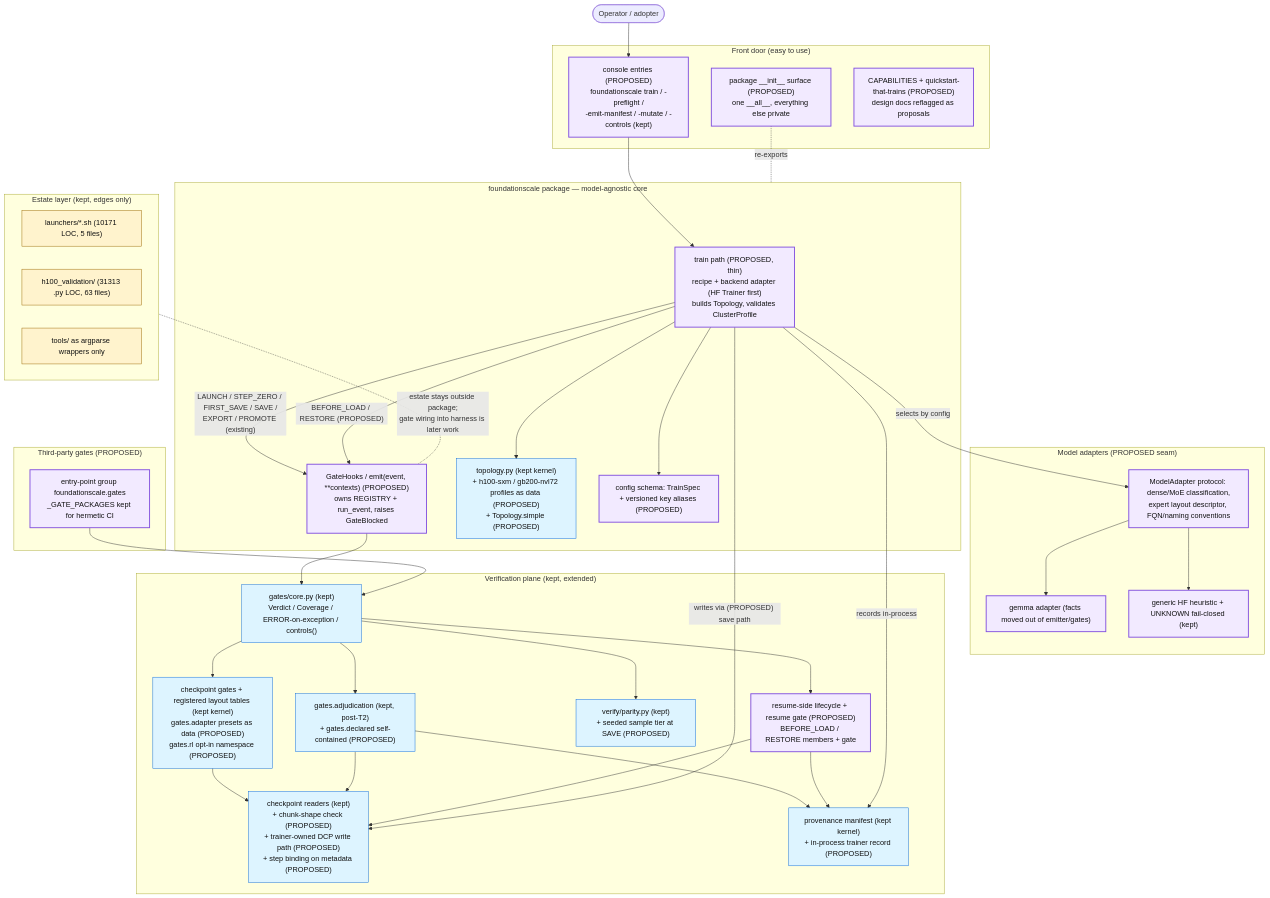
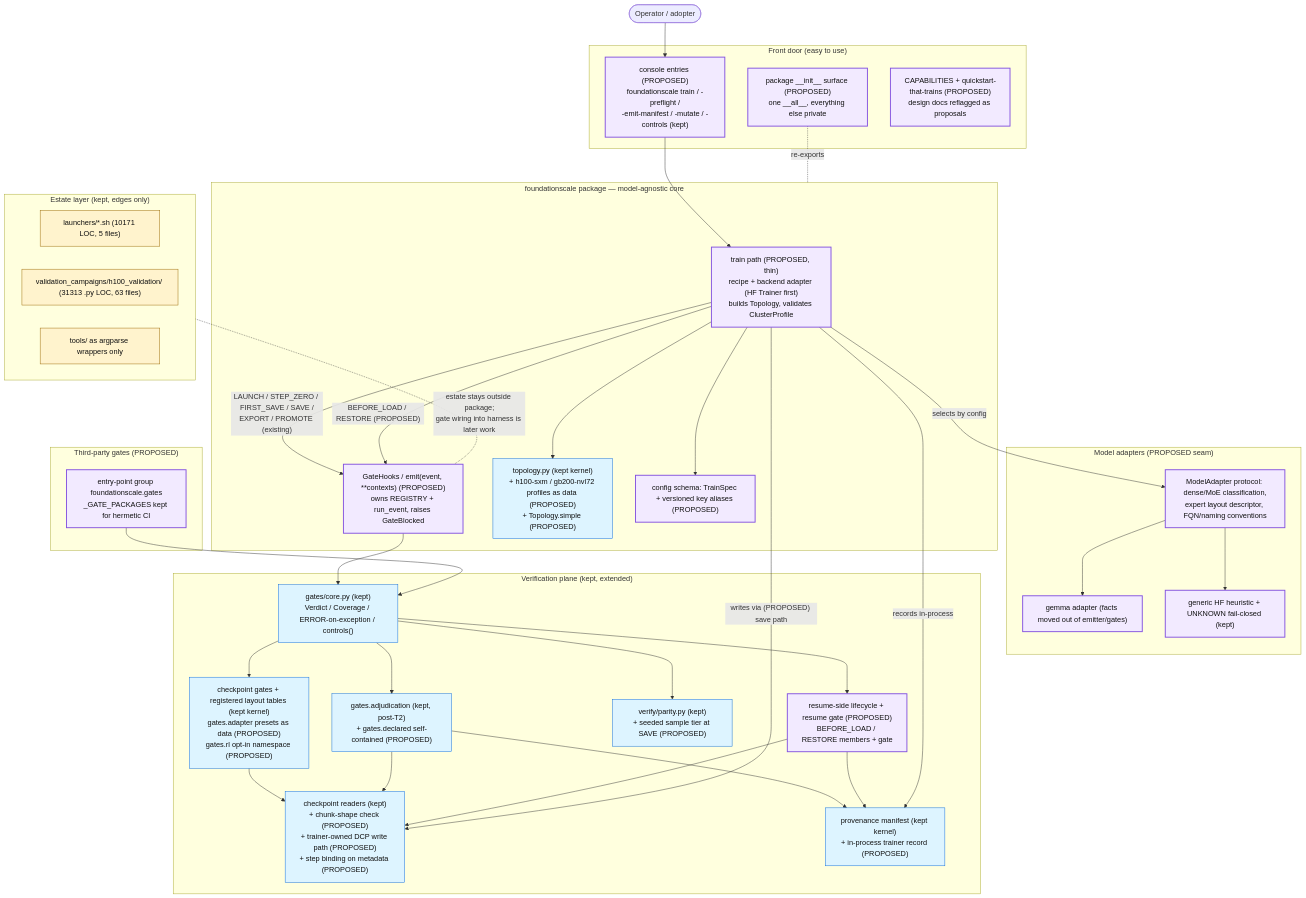
Before and after one commit to TranNhiem/FoundationScale: the diagram in docs/review/D5_proposed_architecture.md, drawn with Mermaid. The commit also changed other lines of this file and 95 other files, not shown here.

````diff
--- a/docs/review/D5_proposed_architecture.md
+++ b/docs/review/D5_proposed_architecture.md
@@ -13,74 +13,74 @@
 ```mermaid
 flowchart TB
   U(["Operator / adopter"])
 
   subgraph FRONT["Front door (easy to use)"]
     CLI["console entries (PROPOSED)<br/>foundationscale train / -preflight /<br/>-emit-manifest / -mutate / -controls (kept)"]
     SURF["package __init__ surface (PROPOSED)<br/>one __all__, everything else private"]
     DOCS["CAPABILITIES + quickstart-that-trains (PROPOSED)<br/>design docs reflagged as proposals"]
   end
 
   subgraph CORE["foundationscale package — model-agnostic core"]
     TRAIN["train path (PROPOSED, thin)<br/>recipe + backend adapter (HF Trainer first)<br/>builds Topology, validates ClusterProfile"]
     HOOKS["GateHooks / emit(event, **contexts) (PROPOSED)<br/>owns REGISTRY + run_event, raises GateBlocked"]
     TOPO["topology.py (kept kernel)<br/>+ h100-sxm / gb200-nvl72 profiles as data (PROPOSED)<br/>+ Topology.simple (PROPOSED)"]
     CONFIG["config schema: TrainSpec + versioned key aliases (PROPOSED)"]
   end
 
   subgraph ADAPT["Model adapters (PROPOSED seam)"]
     MA["ModelAdapter protocol: dense/MoE classification,<br/>expert layout descriptor, FQN/naming conventions"]
     GEM["gemma adapter (facts moved out of emitter/gates)"]
     HF["generic HF heuristic + UNKNOWN fail-closed (kept)"]
   end
 
   subgraph VERIFY["Verification plane (kept, extended)"]
     GCORE["gates/core.py (kept)<br/>Verdict / Coverage / ERROR-on-exception / controls()"]
     GCK["checkpoint gates + registered layout tables (kept kernel)<br/>gates.adapter presets as data (PROPOSED)<br/>gates.rl opt-in namespace (PROPOSED)"]
     ADJ["gates.adjudication (kept, post-T2)<br/>+ gates.declared self-contained (PROPOSED)"]
     PAR["verify/parity.py (kept)<br/>+ seeded sample tier at SAVE (PROPOSED)"]
     CKIO["checkpoint readers (kept)<br/>+ chunk-shape check (PROPOSED)<br/>+ trainer-owned DCP write path (PROPOSED)<br/>+ step binding on metadata (PROPOSED)"]
     PROV["provenance manifest (kept kernel)<br/>+ in-process trainer record (PROPOSED)"]
     RES["resume-side lifecycle + resume gate (PROPOSED)<br/>BEFORE_LOAD / RESTORE members + gate"]
   end
 
   subgraph PLUG["Third-party gates (PROPOSED)"]
     EP["entry-point group foundationscale.gates<br/>_GATE_PACKAGES kept for hermetic CI"]
   end
 
   subgraph ESTATE["Estate layer (kept, edges only)"]
     LAU["launchers/*.sh (10171 LOC, 5 files)"]
-    H100["h100_validation/ (31313 .py LOC, 63 files)"]
+    H100["validation_campaigns/h100_validation/ (31313 .py LOC, 63 files)"]
     WRAP["tools/ as argparse wrappers only"]
   end
 
   U --> CLI --> TRAIN
   SURF -. re-exports .- CORE
   TRAIN --> TOPO
   TRAIN --> CONFIG
   TRAIN -- "selects by config" --> MA
   MA --> GEM
   MA --> HF
   TRAIN -- "LAUNCH / STEP_ZERO / FIRST_SAVE / SAVE /<br/>EXPORT / PROMOTE (existing)" --> HOOKS
   TRAIN -- "BEFORE_LOAD / RESTORE (PROPOSED)" --> HOOKS
   HOOKS --> GCORE
   EP --> GCORE
   GCORE --> GCK
   GCORE --> ADJ
   GCORE --> PAR
   GCORE --> RES
   GCK --> CKIO
   ADJ --> CKIO
   ADJ --> PROV
   RES --> CKIO
   RES --> PROV
   TRAIN -- "writes via (PROPOSED) save path" --> CKIO
   TRAIN -- "records in-process" --> PROV
   ESTATE -. "estate stays outside package;<br/>gate wiring into harness is later work" .- HOOKS
 
   classDef new fill:#f2eaff,stroke:#8250df,stroke-width:2px,color:#111;
   classDef kept fill:#ddf4ff,stroke:#0969da,color:#111;
   classDef estate fill:#fff3cd,stroke:#9a6700,color:#111;
   class TRAIN,HOOKS,CLI,SURF,DOCS,MA,GEM,HF,RES,EP,CONFIG new;
   class GCORE,GCK,ADJ,PAR,CKIO,PROV,TOPO kept;
   class LAU,H100,WRAP estate;
 ```
````
